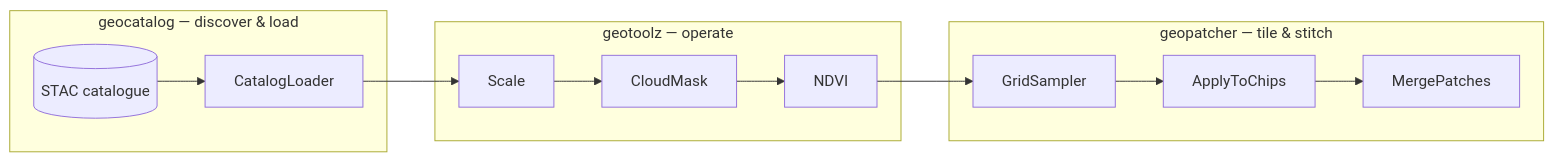
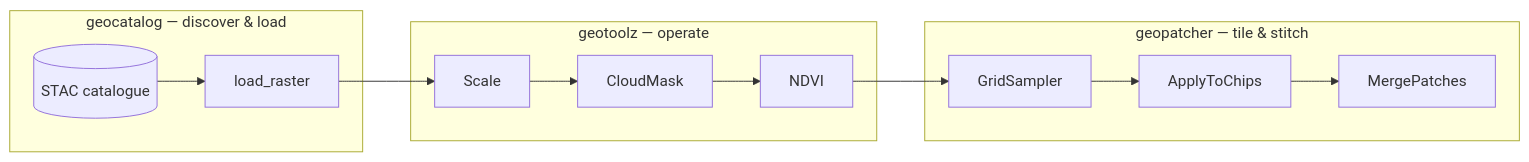
One commit to jejjohnson/geotoolz changed the third of 3 diagrams in docs/index.md. Above: the diagram before and after it, drawn with Mermaid. The commit also changed other lines of this file and 53 other files, not shown here.

````diff
--- a/docs/index.md
+++ b/docs/index.md
@@ -116,14 +117,14 @@
 ```mermaid
 flowchart LR
     subgraph cat["geocatalog — discover &amp; load"]
-        STAC[(STAC catalogue)] --> Loader[CatalogLoader]
+        STAC[(STAC catalogue)] --> Loader[load_raster]
     end
     subgraph tools["geotoolz — operate"]
         Op1[Scale] --> Op2[CloudMask] --> Op3[NDVI]
     end
     subgraph patch["geopatcher — tile &amp; stitch"]
         Sampler[GridSampler] --> Apply[ApplyToChips] --> Merge[MergePatches]
     end
     Loader --> Op1
     Op3 --> Sampler
 ```
````
